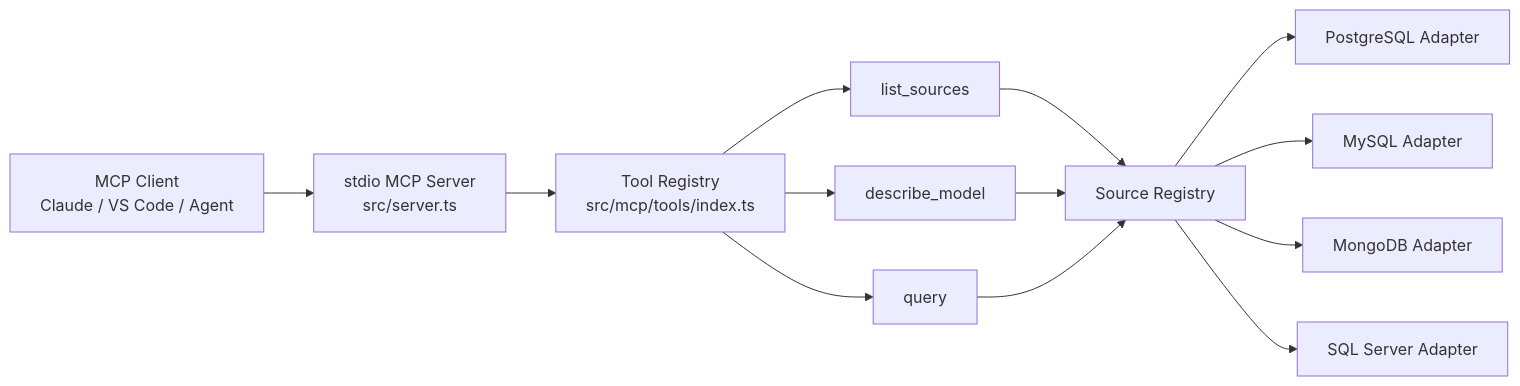
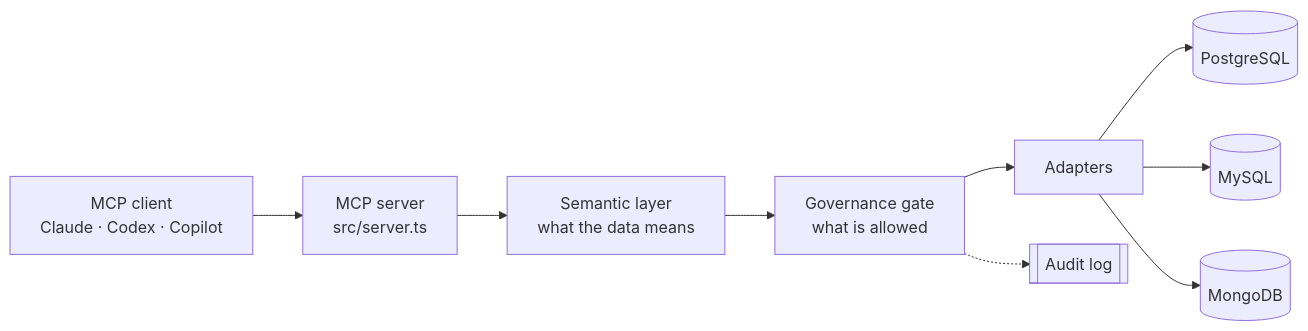
Before and after one commit to navid1111/data-store-mcp: the first of 2 diagrams in README.md, drawn with Mermaid. The commit also changed other lines of this file and 25 other files, not shown here.

````diff
--- a/README.md
+++ b/README.md
@@ -29,18 +49,11 @@
 ```mermaid
 flowchart LR
-    A[MCP Client
-Claude / VS Code / Agent] --> B[stdio MCP Server
-src/server.ts]
-    B --> C[Tool Registry
-src/mcp/tools/index.ts]
-    C --> D[list_sources]
-    C --> E[describe_model]
-    C --> F[query]
-    D --> G[Source Registry]
-    E --> G
-    F --> G
-    G --> H[PostgreSQL Adapter]
-    G --> I[MySQL Adapter]
-    G --> J[MongoDB Adapter]
-    G --> K[SQL Server Adapter]
+    A["MCP client<br/>Claude · Codex · Copilot"] --> B["MCP server<br/>src/server.ts"]
+    B --> C["Semantic layer<br/>what the data means"]
+    C --> D["Governance gate<br/>what is allowed"]
+    D --> E["Adapters"]
+    E --> F[("PostgreSQL")]
+    E --> G[("MySQL")]
+    E --> H[("MongoDB")]
+    D -.-> I[["Audit log"]]
 ```
````
